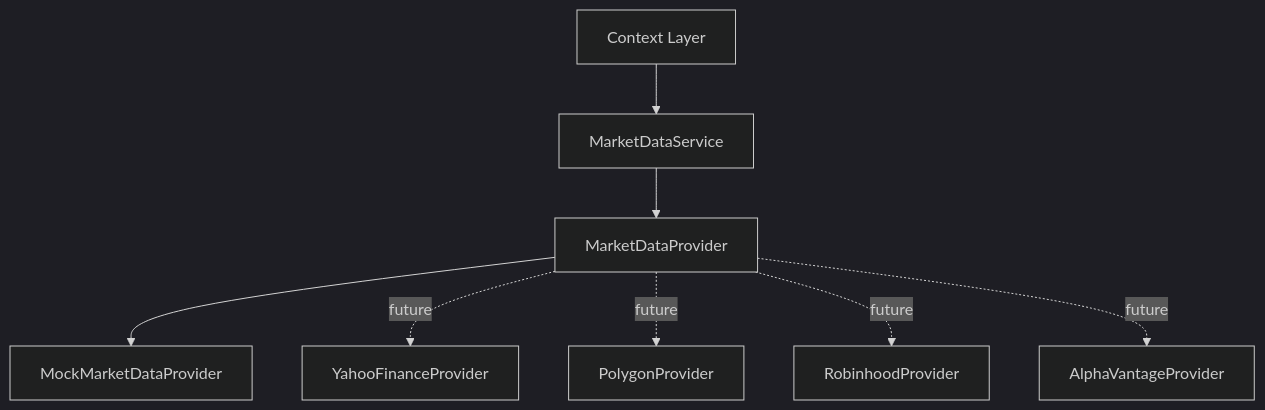
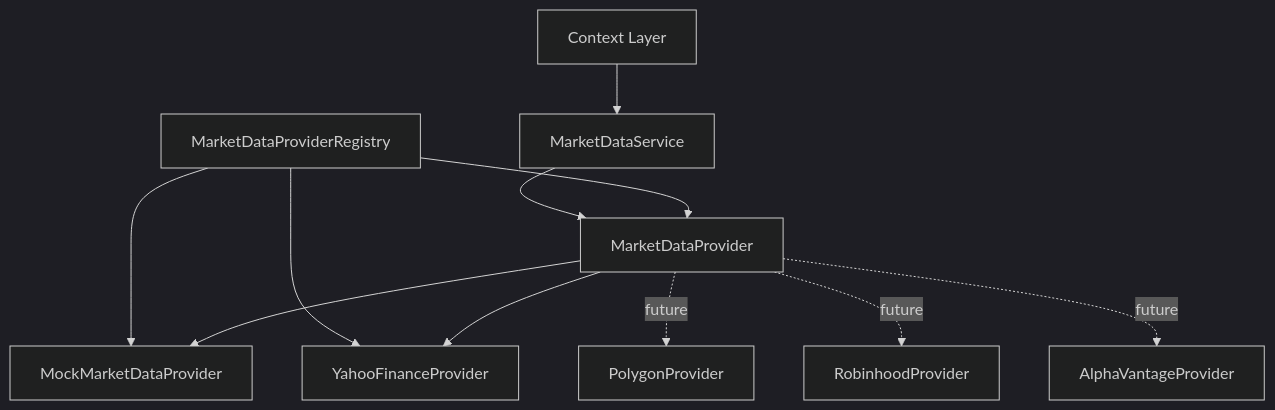
Before and after one commit to zhyj0121pp/ParakeetNest: the first of 2 diagrams in docs/architecture/market-data-layer.md, drawn with Mermaid (dark theme). The commit also changed other lines of this file and 7 other files, not shown here.

Commit message:
feat(market-data): add provider configuration

````diff
--- a/docs/architecture/market-data-layer.md
+++ b/docs/architecture/market-data-layer.md
@@ -15,10 +15,13 @@
 ```mermaid
 flowchart TD
     A[Context Layer] --> B[MarketDataService]
     B --> C[MarketDataProvider]
-    C --> D[MockMarketDataProvider]
-    C -. future .-> E[YahooFinanceProvider]
+    I[MarketDataProviderRegistry] --> C
+    I --> D[MockMarketDataProvider]
+    I --> E[YahooFinanceProvider]
+    C --> D
+    C --> E
     C -. future .-> F[PolygonProvider]
     C -. future .-> G[RobinhoodProvider]
     C -. future .-> H[AlphaVantageProvider]
 ```
````
